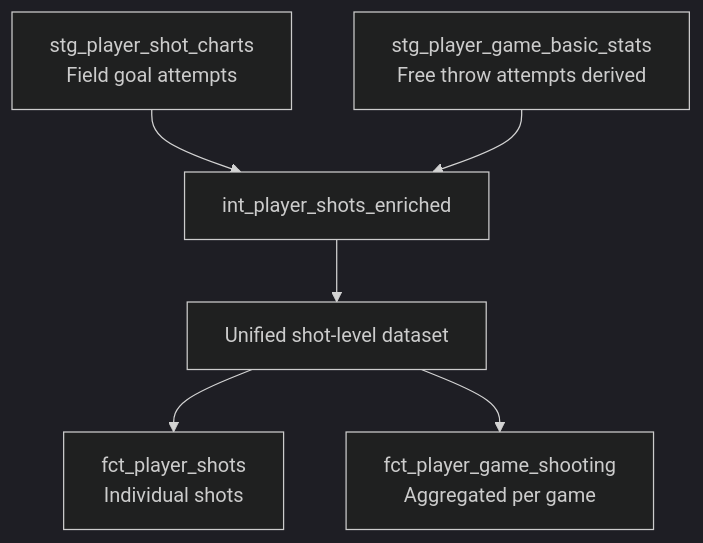
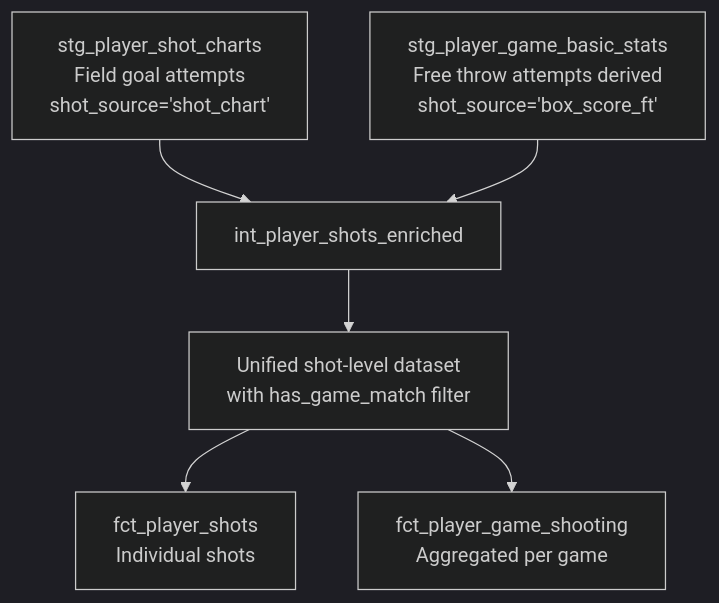
The eighth of 11 diagrams in .agents/summary/workflows.md (nprasad2077/dbt_sample), drawn with Mermaid (dark theme) before and after one commit. The commit also changed other lines of this file and 12 other files, not shown here.

Commit message:
charts update

````diff
--- a/.agents/summary/workflows.md
+++ b/.agents/summary/workflows.md
@@ -83,8 +119,8 @@
 ```mermaid
 flowchart TD
-    A[stg_player_shot_charts<br/>Field goal attempts] --> C[int_player_shots_enriched]
-    B[stg_player_game_basic_stats<br/>Free throw attempts derived] --> C
-    C --> D[Unified shot-level dataset]
+    A[stg_player_shot_charts<br/>Field goal attempts<br/>shot_source='shot_chart'] --> C[int_player_shots_enriched]
+    B[stg_player_game_basic_stats<br/>Free throw attempts derived<br/>shot_source='box_score_ft'] --> C
+    C --> D[Unified shot-level dataset<br/>with has_game_match filter]
     D --> E[fct_player_shots<br/>Individual shots]
     D --> F[fct_player_game_shooting<br/>Aggregated per game]
 ```
````
